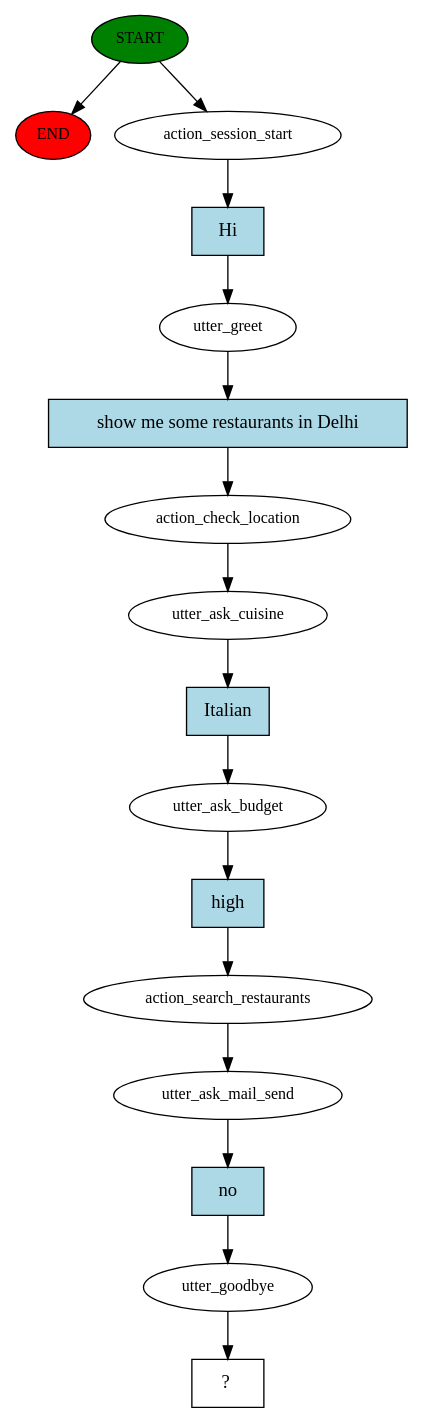
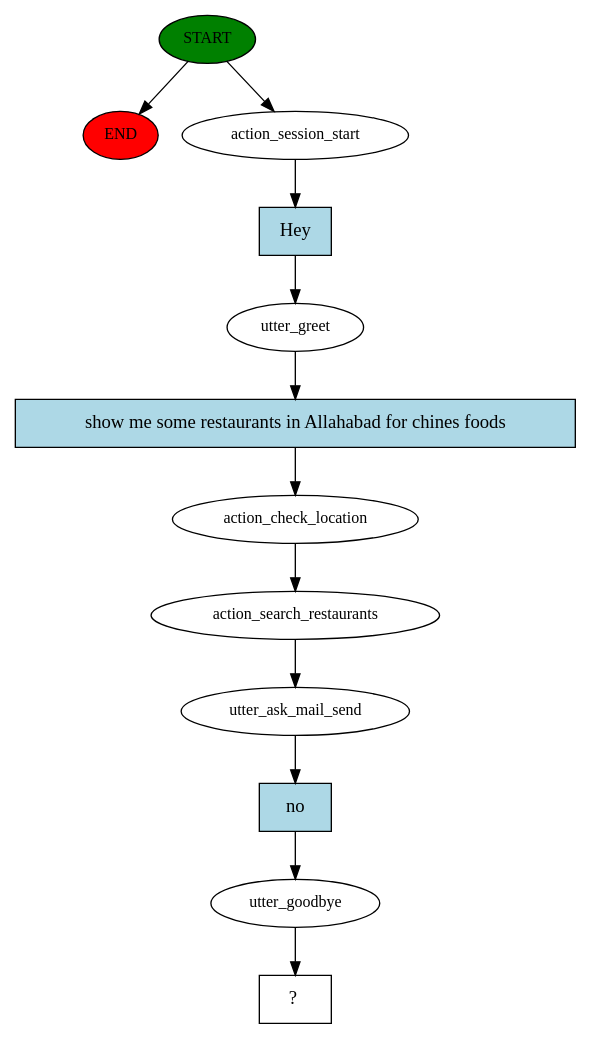
The diagram in story_graph.dot (mkbond777/rasa_restaurant_search), drawn with Graphviz before and after one commit. The commit also changed 6 other files, not shown here.

```diff
--- a/story_graph.dot
+++ b/story_graph.dot
@@ -1,33 +1,25 @@
 digraph  {
 0 [class="start active", fillcolor=green, fontsize=12, label=START, style=filled];
 "-1" [class=end, fillcolor=red, fontsize=12, label=END, style=filled];
 1 [class=active, fontsize=12, label=action_session_start];
 2 [class=active, fontsize=12, label=utter_greet];
 3 [class=active, fontsize=12, label=action_check_location];
-4 [class=active, fontsize=12, label=utter_ask_cuisine];
-5 [class=active, fontsize=12, label=utter_ask_budget];
-6 [class=active, fontsize=12, label=action_search_restaurants];
-7 [class=active, fontsize=12, label=utter_ask_mail_send];
-8 [class=active, fontsize=12, label=utter_goodbye];
-9 [class="intent dashed active", label="  ?  ", shape=rect];
-10 [class="intent active", fillcolor=lightblue, label=Hi, shape=rect, style=filled];
-11 [class="intent active", fillcolor=lightblue, label="show me some restaurants in Delhi", shape=rect, style=filled];
-12 [class="intent active", fillcolor=lightblue, label=Italian, shape=rect, style=filled];
-13 [class="intent active", fillcolor=lightblue, label=high, shape=rect, style=filled];
-14 [class="intent active", fillcolor=lightblue, label=no, shape=rect, style=filled];
+4 [class=active, fontsize=12, label=action_search_restaurants];
+5 [class=active, fontsize=12, label=utter_ask_mail_send];
+6 [class=active, fontsize=12, label=utter_goodbye];
+7 [class="intent dashed active", label="  ?  ", shape=rect];
+8 [class="intent active", fillcolor=lightblue, label=Hey, shape=rect, style=filled];
+9 [class="intent active", fillcolor=lightblue, label="show me some restaurants in Allahabad for chines foods", shape=rect, style=filled];
+10 [class="intent active", fillcolor=lightblue, label=no, shape=rect, style=filled];
 0 -> "-1"  [class="", key=NONE, label=""];
 0 -> 1  [class=active, key=NONE, label=""];
-1 -> 10  [class=active, key=0];
-2 -> 11  [class=active, key=0];
+1 -> 8  [class=active, key=0];
+2 -> 9  [class=active, key=0];
 3 -> 4  [class=active, key=NONE, label=""];
-4 -> 12  [class=active, key=0];
-5 -> 13  [class=active, key=0];
+4 -> 5  [class=active, key=NONE, label=""];
+5 -> 10  [class=active, key=0];
 6 -> 7  [class=active, key=NONE, label=""];
-7 -> 14  [class=active, key=0];
-8 -> 9  [class=active, key=NONE, label=""];
-10 -> 2  [class=active, key=0];
-11 -> 3  [class=active, key=0];
-12 -> 5  [class=active, key=0];
-13 -> 6  [class=active, key=0];
-14 -> 8  [class=active, key=0];
+8 -> 2  [class=active, key=0];
+9 -> 3  [class=active, key=0];
+10 -> 6  [class=active, key=0];
 }
```
